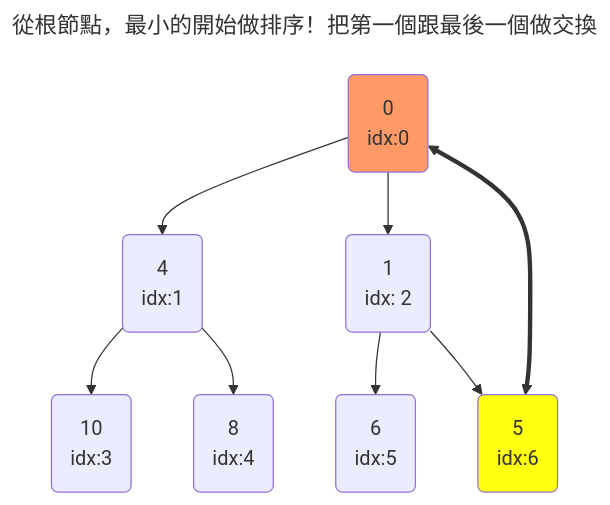
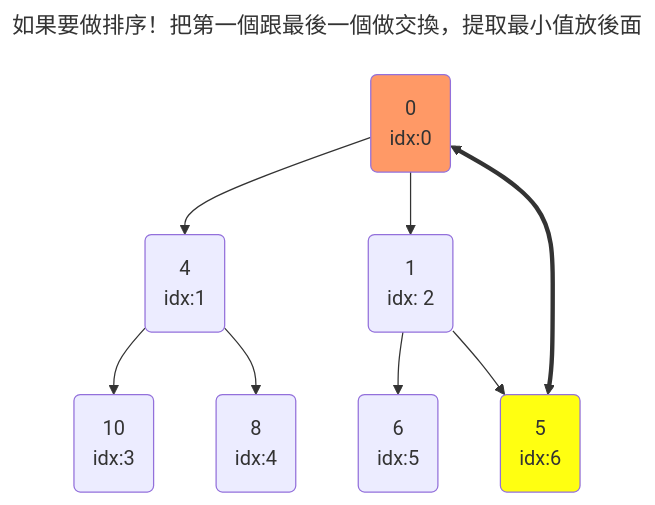
The seventh of 9 diagrams in packages/scheduler/heap.md (meihan0922/mini-react), drawn with Mermaid before and after one commit. The commit also changed other lines of this file and 2 other files, not shown here.

````diff
--- a/packages/scheduler/heap.md
+++ b/packages/scheduler/heap.md
@@ -204,22 +228,22 @@
 ```mermaid
 ---
-title: 從根節點，最小的開始做排序！把第一個跟最後一個做交換
+title: 如果要做排序！把第一個跟最後一個做交換，提取最小值放後面
 ---
 flowchart TB
 0(0
 idx:0):::someclass--> 4(4
 idx:1)
 0 --> 1(1
 idx: 2)
 4 --> 10(10
 idx:3)
 4 --> 8(8
 idx:4)
 1 --> 6(6
 idx:5)
 1 --> 5(5
 idx:6):::change
 0 <==> 5
 classDef someclass fill:#f96
 classDef change fill:#ff1
 ```
````
